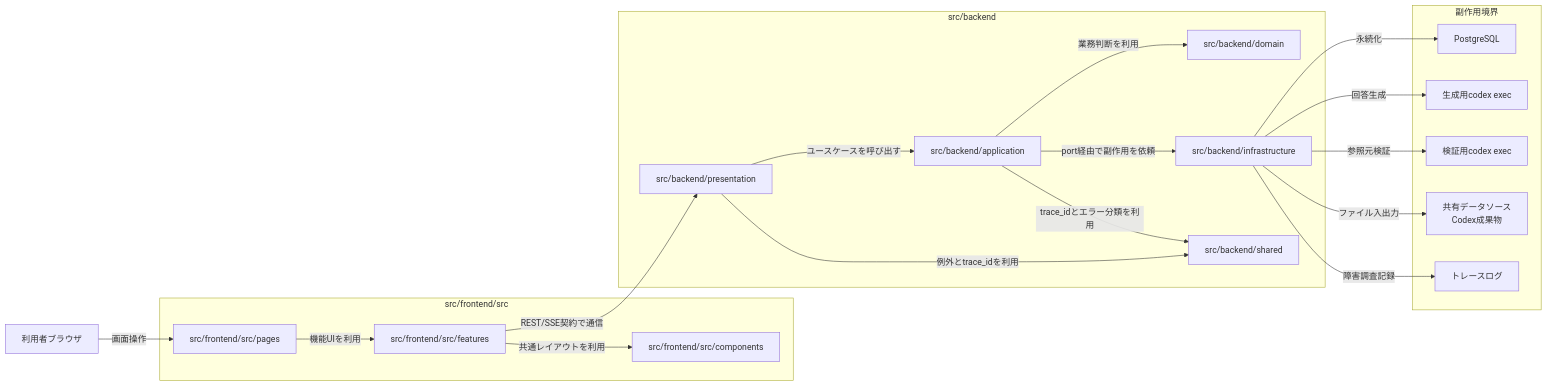
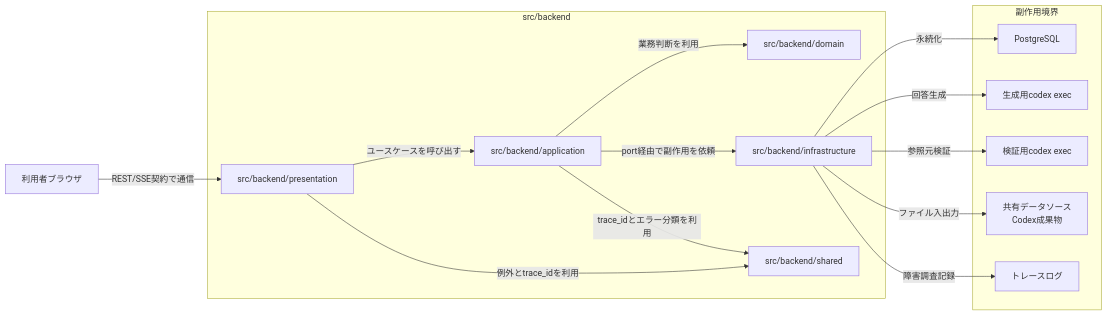
Before and after one commit to mincsys/D-Concierge: the first of 3 diagrams in docs/03_内部設計/01_アーキテクチャ設計/アーキテクチャ設計.md, drawn with Mermaid. The commit also changed other lines of this file, not shown here.

Commit message:
アーキテクチャ図修正

````diff
--- a/docs/03_内部設計/01_アーキテクチャ設計/アーキテクチャ設計.md
+++ b/docs/03_内部設計/01_アーキテクチャ設計/アーキテクチャ設計.md
@@ -78,41 +78,32 @@
 ```mermaid
 flowchart LR
     browser["利用者ブラウザ"]
-
-    subgraph frontend["src/frontend/src"]
-        frontend_page["src/frontend/src/pages"]
-        frontend_features["src/frontend/src/features"]
-        frontend_components["src/frontend/src/components"]
-    end
 
     subgraph backend["src/backend"]
         presentation["src/backend/presentation"]
         application["src/backend/application"]
         domain["src/backend/domain"]
         infrastructure["src/backend/infrastructure"]
         shared["src/backend/shared"]
     end
 
     subgraph external_side_effects["副作用境界"]
         db["PostgreSQL"]
         codex_gen["生成用codex exec"]
         codex_val["検証用codex exec"]
         files["共有データソース<br>Codex成果物"]
         trace["トレースログ"]
     end
 
-    browser -->|画面操作| frontend_page
-    frontend_page -->|機能UIを利用| frontend_features
-    frontend_features -->|共通レイアウトを利用| frontend_components
-    frontend_features -->|REST/SSE契約で通信| presentation
+    browser -->|REST/SSE契約で通信| presentation
     presentation -->|ユースケースを呼び出す| application
     presentation -->|例外とtrace_idを利用| shared
     application -->|業務判断を利用| domain
     application -->|port経由で副作用を依頼| infrastructure
     application -->|trace_idとエラー分類を利用| shared
     infrastructure -->|永続化| db
     infrastructure -->|回答生成| codex_gen
     infrastructure -->|参照元検証| codex_val
     infrastructure -->|ファイル入出力| files
     infrastructure -->|障害調査記録| trace
 ```
````
